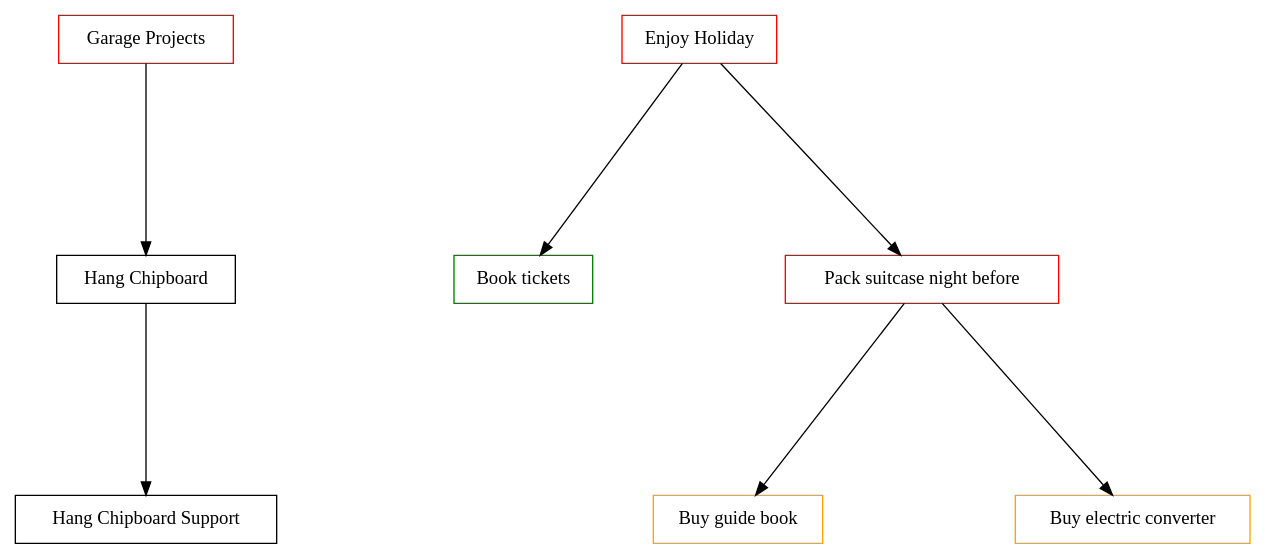
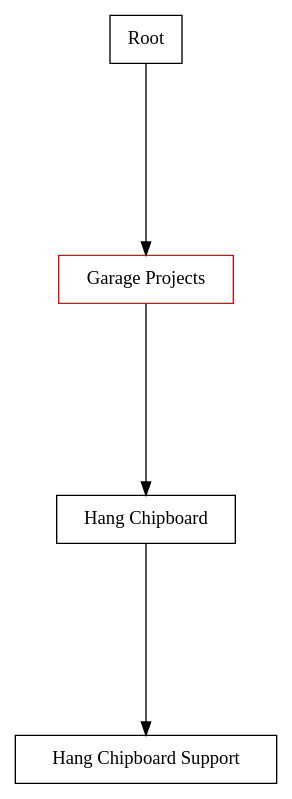
Before and after one commit to bradleybossard/project-management-as-code: the diagram in projects.gv, drawn with Graphviz. The commit also changed 1 other file, not shown here.

```diff
--- a/projects.gv
+++ b/projects.gv
@@ -1,25 +1,17 @@
 digraph G { 
   ranksep=2.0 
     nodesep=2.0 
     overlap="false" 
 
     node [color="black", shape="rectangle"] 
 
+    "R" [label="Root",color="black"] 
+
     "G" [label="Garage Projects",color="red"] 
     "HCB" [label="Hang Chipboard",color="black"] 
     "HCBS" [label="Hang Chipboard Support",color="black"] 
 
-    "EH" [label="Enjoy Holiday",color="red"] 
-    "BT" [label="Book tickets",color="green"] 
-    "PSNB" [label="Pack suitcase night before",color="red"] 
-    "BGB" [label="Buy guide book",color="orange"] 
-    "BEC" [label="Buy electric converter",color="orange"] 
-
+    "R" -> "G"
     "G" -> "HCB"
     "HCB" -> "HCBS"
-
-    "EH" -> "BT" 
-    "EH" -> "PSNB" 
-    "PSNB" -> "BGB" 
-    "PSNB" -> "BEC" 
 }
```
